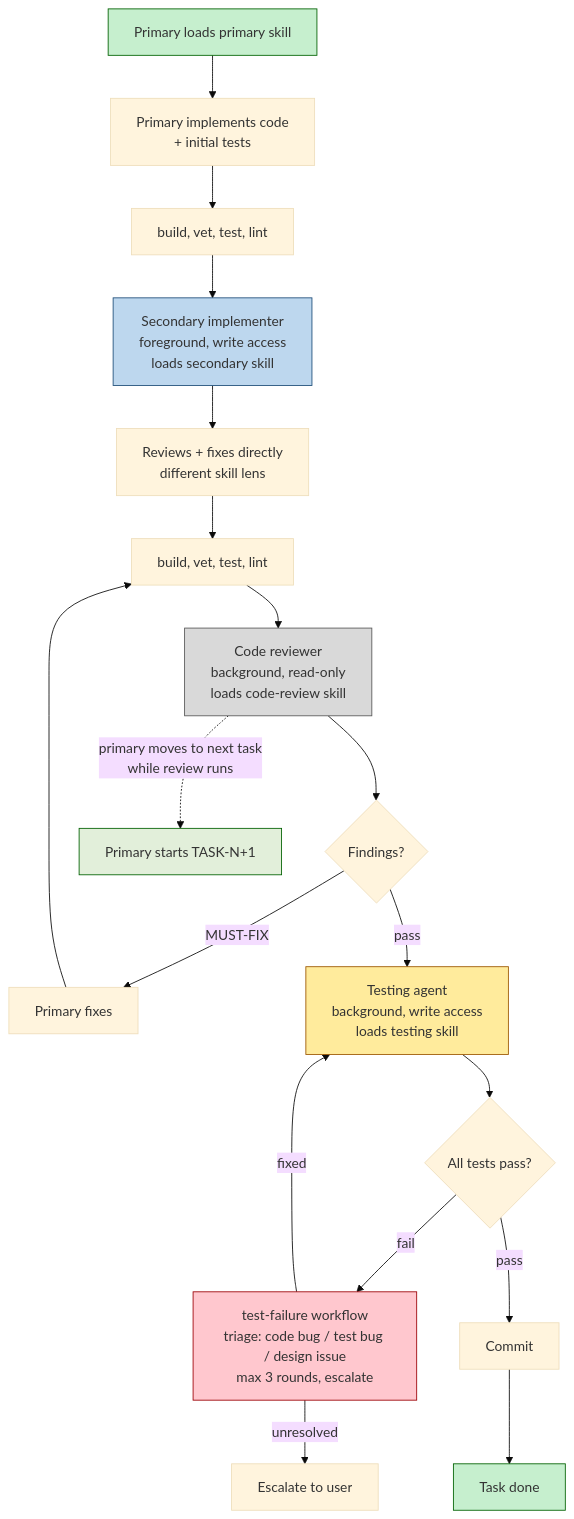
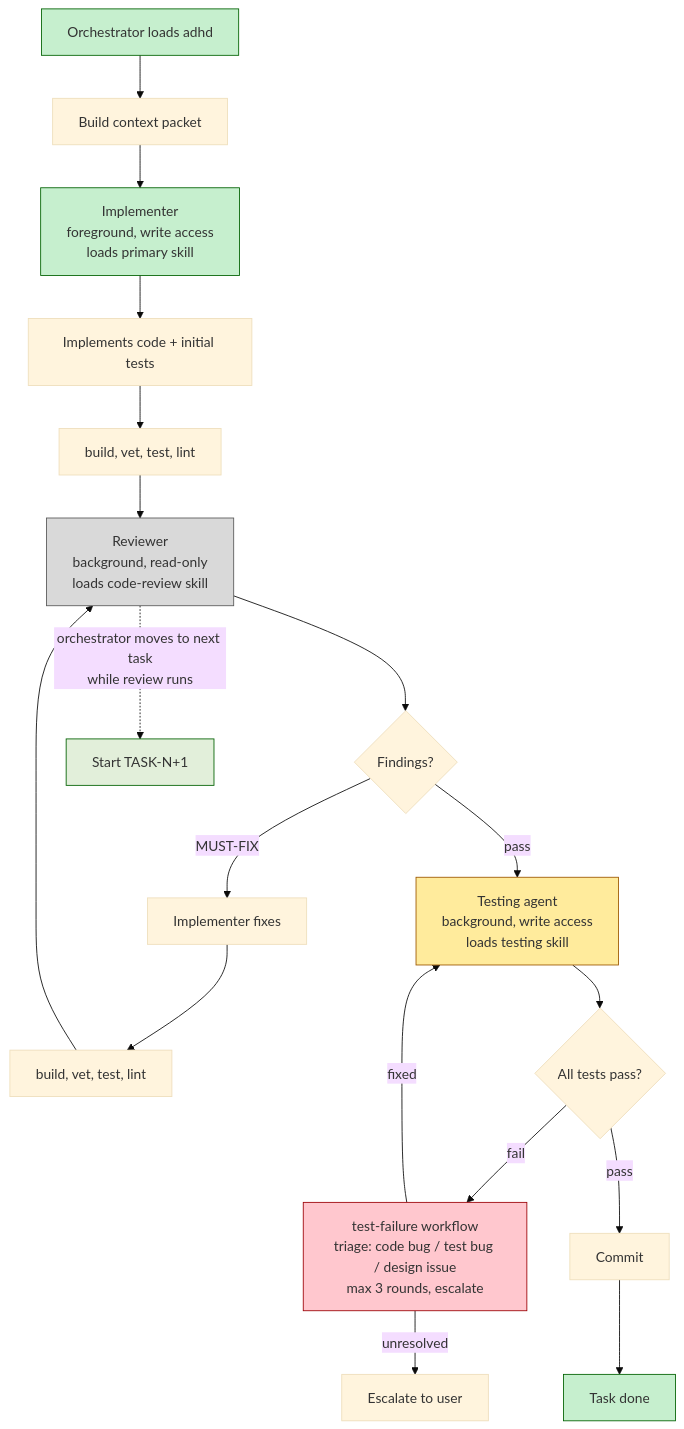
One commit to bperin/project-context changed the third of 4 diagrams in src/workflows/overview.md. Above: the diagram before and after it, drawn with Mermaid (base theme). The commit also changed other lines of this file and 20 other files, not shown here.

````diff
--- a/src/workflows/overview.md
+++ b/src/workflows/overview.md
@@ -57,29 +55,29 @@
 ```mermaid
 flowchart TD
-    P["Primary loads primary skill"] --> CODE["Primary implements code<br/>+ initial tests"]
+    O["Orchestrator loads adhd"] --> CTX["Build context packet"]
+    CTX --> P["Implementer<br/>foreground, write access<br/>loads primary skill"]
+    P --> CODE["Implements code + initial tests"]
     CODE --> V1["build, vet, test, lint"]
-    V1 --> S["Secondary implementer<br/>foreground, write access<br/>loads secondary skill"]
-    S --> FIX["Reviews + fixes directly<br/>different skill lens"]
-    FIX --> V2["build, vet, test, lint"]
-    V2 --> CR["Code reviewer<br/>background, read-only<br/>loads code-review skill"]
+    V1 --> CR["Reviewer<br/>background, read-only<br/>loads code-review skill"]
     CR --> CRC{"Findings?"}
-    CRC -->|MUST-FIX| BACK1["Primary fixes"]
-    BACK1 --> V2
+    CRC -->|MUST-FIX| BACK1["Implementer fixes"]
+    BACK1 --> V2["build, vet, test, lint"]
+    V2 --> CR
     CRC -->|pass| TA["Testing agent<br/>background, write access<br/>loads testing skill"]
     TA --> TAC{"All tests pass?"}
     TAC -->|fail| TF["test-failure workflow<br/>triage: code bug / test bug / design issue<br/>max 3 rounds, escalate"]
     TF -->|fixed| TA
     TF -->|unresolved| ESC["Escalate to user"]
     TAC -->|pass| COM["Commit"]
     COM --> DONE["Task done"]
 
-    CR -.->|primary moves to next task<br/>while review runs| NEXT["Primary starts TASK-N+1"]
+    CR -.->|orchestrator moves to next task<br/>while review runs| NEXT["Start TASK-N+1"]
 
+    style O fill:#C6EFCE,stroke:#006100
     style P fill:#C6EFCE,stroke:#006100
-    style S fill:#BDD7EE,stroke:#1F4E79
     style CR fill:#D9D9D9,stroke:#595959
     style TA fill:#FFEB9C,stroke:#9C5700
     style TF fill:#FFC7CE,stroke:#9C0006
     style DONE fill:#C6EFCE,stroke:#006100
     style NEXT fill:#E2EFDA,stroke:#006100
 ```
````
